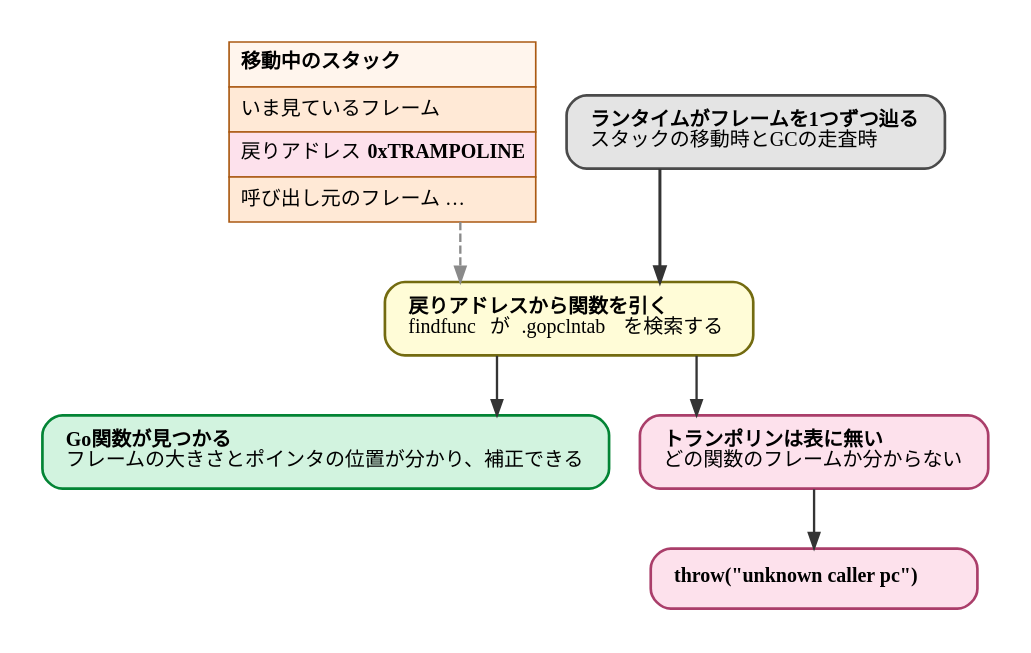
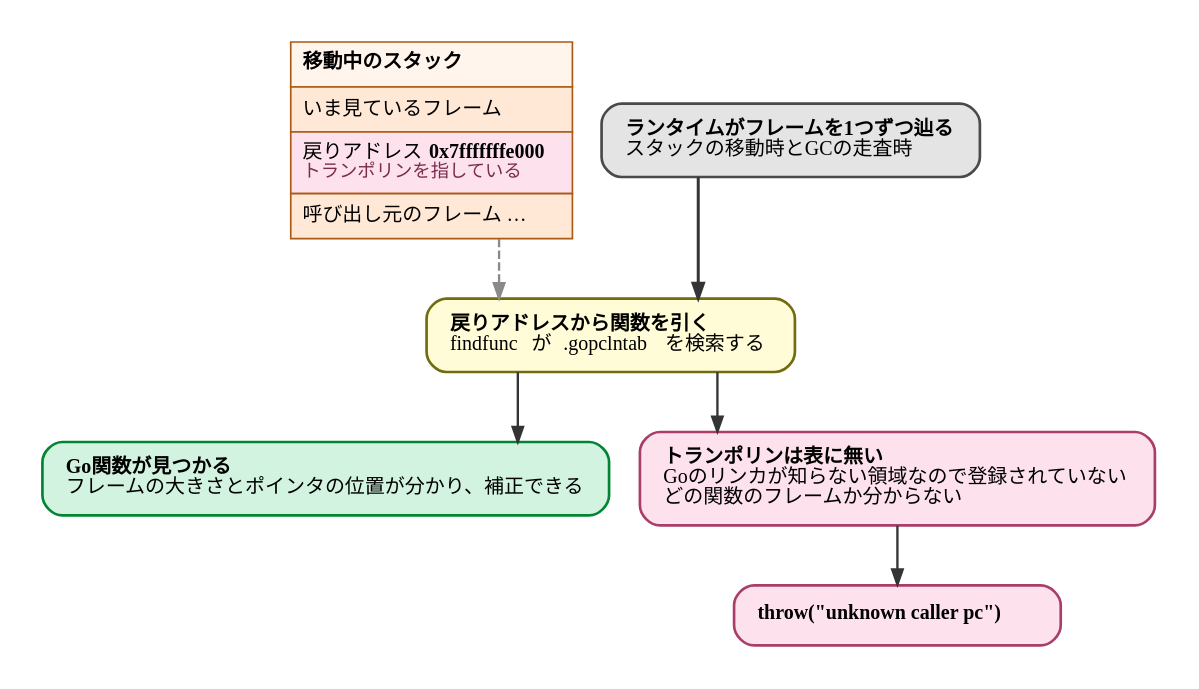
Before and after one commit to ymotongpoo/zenn.dev: the diagram in diagrams/go-ebpf-primer/20260820-unwind-failure.dot, drawn with Graphviz. The commit also changed 13 other files, not shown here.

First line of the commit message:
fix(go-ebpf-primer): 図の誤りを直し、本文のキャプションを整合させる

```diff
--- a/diagrams/go-ebpf-primer/20260820-unwind-failure.dot
+++ b/diagrams/go-ebpf-primer/20260820-unwind-failure.dot
@@ -1,49 +1,49 @@
 // 戻りアドレスから関数を引けないと、スタックを辿れない
 digraph unwind_failure {
   graph [
     rankdir=TB, splines=ortho,
     fontname="IBM Plex Sans JP", fontsize=13,
     bgcolor="white", pad=0.25
   ];
   node [
     fontname="IBM Plex Sans JP", fontsize=12,
     shape=box, style="rounded,filled",
     fillcolor="#F1F1F1", color="#4A4A4A", penwidth=1.6,
     margin="0.2,0.14"
   ];
   edge [
     fontname="IBM Plex Sans JP", fontsize=11,
     color="#343434", penwidth=1.4, arrowsize=0.9,
     fontcolor="#171717"
   ];
 
   stack [shape=plain, style="", label=<
     <table border="0" cellborder="1" cellspacing="0" cellpadding="6" color="#AB5A13">
       <tr><td align="left" bgcolor="#FFF5ED"><b>移動中のスタック</b></td></tr>
       <tr><td align="left" bgcolor="#FFE9D6">いま見ているフレーム</td></tr>
-      <tr><td align="left" bgcolor="#FDE1EC" port="ra">戻りアドレス <font face="JetBrains Mono"><b>0xTRAMPOLINE</b></font></td></tr>
+      <tr><td align="left" bgcolor="#FDE1EC" port="ra">戻りアドレス <font face="JetBrains Mono"><b>0x7fffffffe000</b></font><br align="left"/><font color="#7A2C4C" point-size="11">トランポリンを指している</font><br align="left"/></td></tr>
       <tr><td align="left" bgcolor="#FFE9D6">呼び出し元のフレーム …</td></tr>
     </table>>];
 
   walk [label=<<b>ランタイムがフレームを1つずつ辿る</b><br align="left"/>スタックの移動時とGCの走査時<br align="left"/>>,
         fillcolor="#E4E4E4"];
 
   lookup [label=<<b>戻りアドレスから関数を引く</b><br align="left"/><font face="JetBrains Mono">findfunc</font> が <font face="JetBrains Mono">.gopclntab</font> を検索する<br align="left"/>>,
           fillcolor="#FFFCD7", color="#736B10"];
 
   ok [label=<<b>Go関数が見つかる</b><br align="left"/>フレームの大きさとポインタの位置が分かり、補正できる<br align="left"/>>,
       fillcolor="#D2F3DF", color="#038435"];
-  ng [label=<<b>トランポリンは表に無い</b><br align="left"/>どの関数のフレームか分からない<br align="left"/>>,
+  ng [label=<<b>トランポリンは表に無い</b><br align="left"/>Goのリンカが知らない領域なので登録されていない<br align="left"/>どの関数のフレームか分からない<br align="left"/>>,
       fillcolor="#FDE1EC", color="#AA3E6A"];
 
   crash [label=<<font face="JetBrains Mono"><b>throw("unknown caller pc")</b></font>>, fillcolor="#FDE1EC", color="#AA3E6A"];
 
   walk -> lookup [penwidth=1.8];
   stack -> lookup [style=dashed, color="#8A8A8A"];
   lookup -> ok;
   lookup -> ng;
   ng -> crash;
 
   { rank=same; walk; stack; }
   { rank=same; ok; ng; }
 }
```
